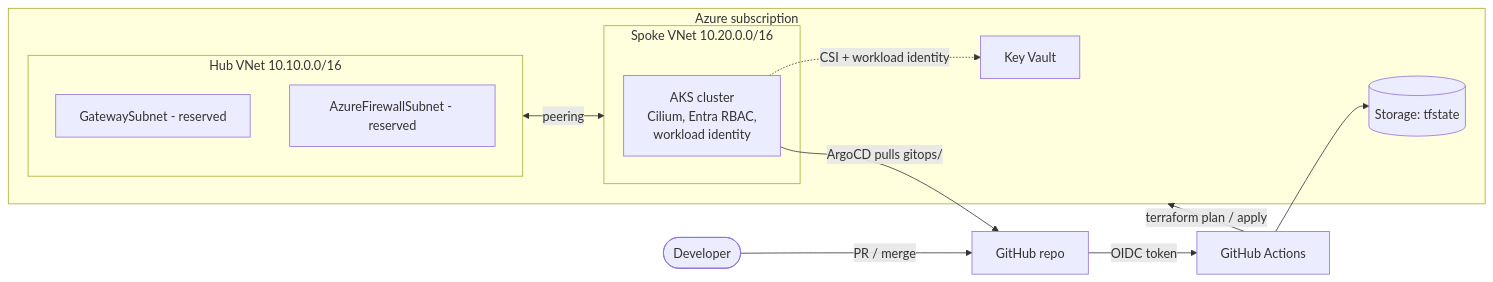
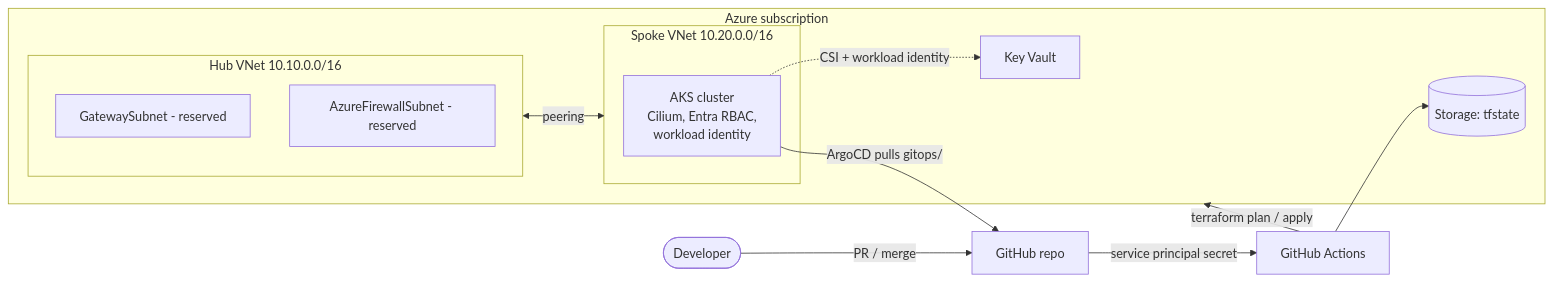
The diagram in README.md (PSamardzhiev/aks-gitops-platform), drawn with Mermaid before and after one commit. The commit also changed other lines of this file and 7 other files, not shown here.

Commit message:
updated the project ot use service principal:

````diff
--- a/README.md
+++ b/README.md
@@ -20,23 +21,23 @@
 ```mermaid
 flowchart LR
   dev([Developer]) -->|PR / merge| gh[GitHub repo]
-  gh -->|OIDC token| gha[GitHub Actions]
+  gh -->|service principal secret| gha[GitHub Actions]
   gha -->|terraform plan / apply| az
 
   subgraph az[Azure subscription]
     state[(Storage: tfstate)]
     kv[Key Vault]
     subgraph hub[Hub VNet 10.10.0.0/16]
       gw[GatewaySubnet - reserved]
       fw[AzureFirewallSubnet - reserved]
     end
     subgraph spoke[Spoke VNet 10.20.0.0/16]
       aks[AKS cluster<br/>Cilium, Entra RBAC,<br/>workload identity]
     end
     hub <-->|peering| spoke
     aks -.->|CSI + workload identity| kv
   end
 
   gha --> state
   aks -->|ArgoCD pulls gitops/| gh
 ```
````
